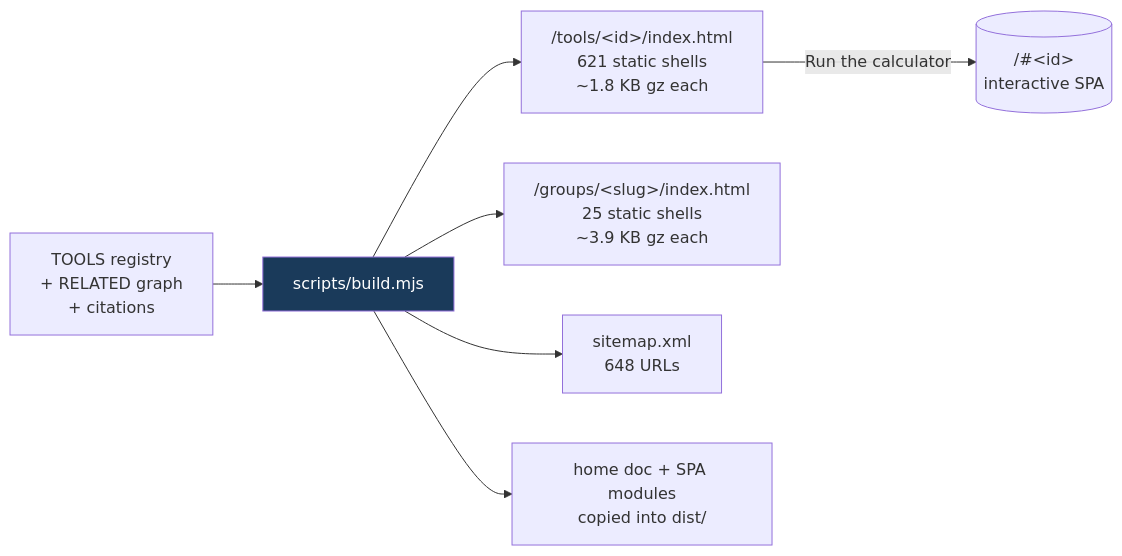
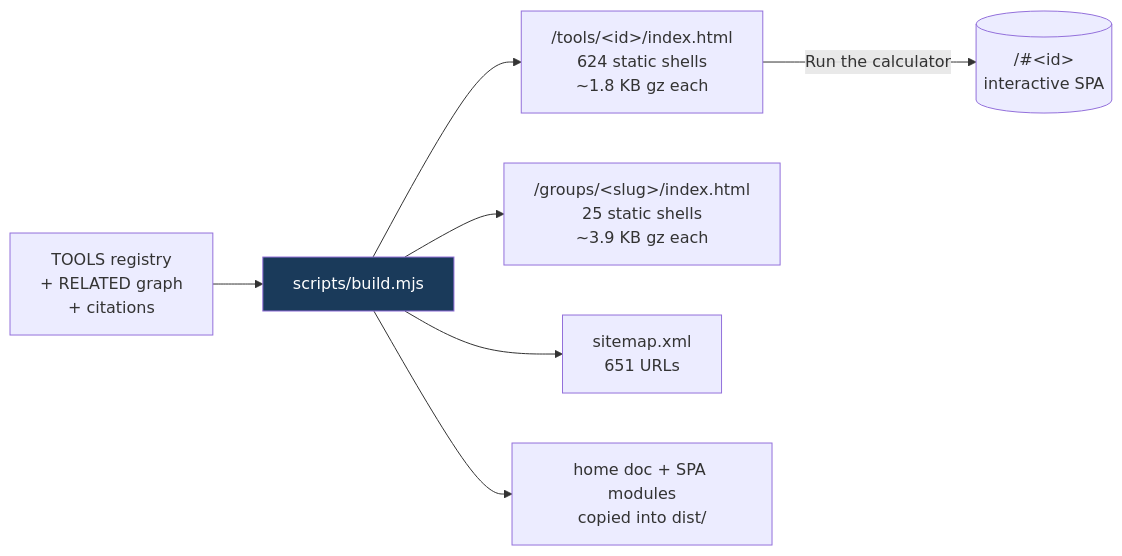
One commit to clay-good/roughlogic.com changed the fifth of 8 diagrams in README.md. Above: the diagram before and after it, drawn with Mermaid. The commit also changed other lines of this file and 17 other files, not shown here.

````diff
--- a/README.md
+++ b/README.md
@@ -363,10 +363,10 @@
 ```mermaid
 flowchart LR
     SRC[TOOLS registry\n+ RELATED graph\n+ citations] --> BUILD[scripts/build.mjs]
-    BUILD --> TILE["/tools/&lt;id&gt;/index.html\n621 static shells\n~1.8 KB gz each"]
+    BUILD --> TILE["/tools/&lt;id&gt;/index.html\n624 static shells\n~1.8 KB gz each"]
     BUILD --> GROUP["/groups/&lt;slug&gt;/index.html\n25 static shells\n~3.9 KB gz each"]
-    BUILD --> MAP["sitemap.xml\n648 URLs"]
+    BUILD --> MAP["sitemap.xml\n651 URLs"]
     BUILD --> COPY[home doc + SPA modules\ncopied into dist/]
     TILE -->|Run the calculator| SPA[("/#&lt;id&gt;\ninteractive SPA")]
     style BUILD fill:#1a3a5a,color:#fff
 ```
````
